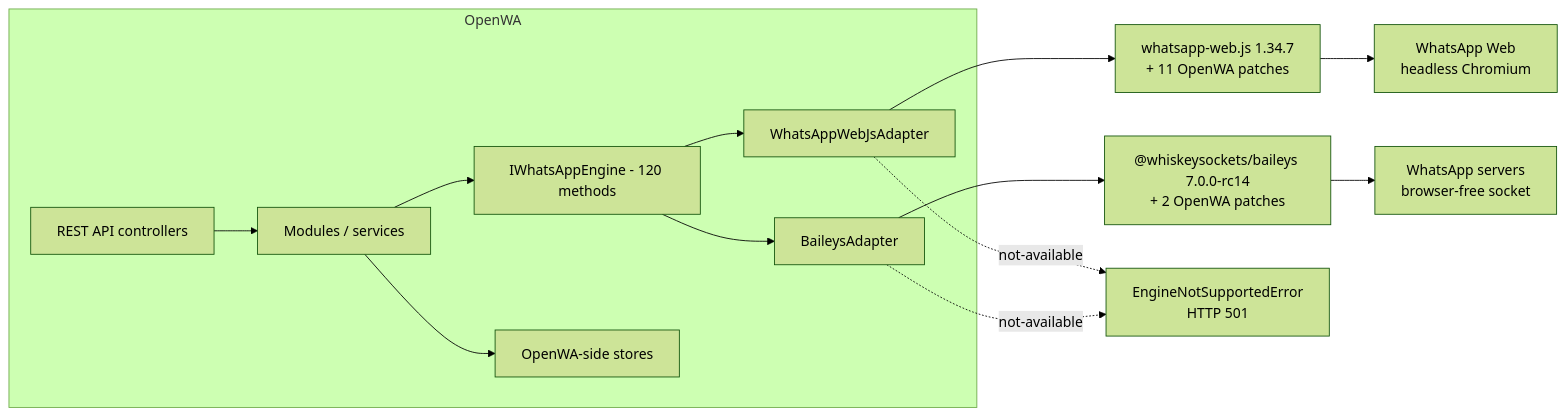
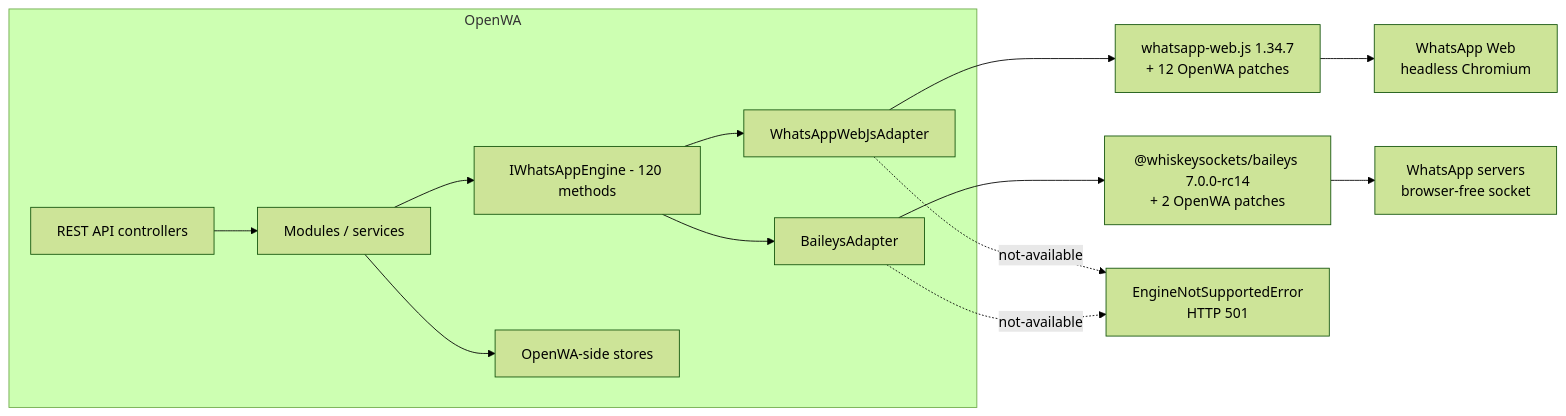
The first of 2 diagrams in docs/29-engine-capability-matrix.md (purnamcommunity/OpenWA), drawn with Mermaid (forest theme) before and after one commit. The commit also changed other lines of this file and 7 other files, not shown here.

````diff
--- a/docs/29-engine-capability-matrix.md
+++ b/docs/29-engine-capability-matrix.md
@@ -43,16 +43,16 @@
 ```mermaid
 flowchart LR
     subgraph OpenWA["OpenWA"]
         API["REST API controllers"] --> SVC["Modules / services"]
         SVC --> IF["IWhatsAppEngine - 120 methods"]
         IF --> WA["WhatsAppWebJsAdapter"]
         IF --> BA["BaileysAdapter"]
         SVC --> STORE["OpenWA-side stores"]
     end
-    WA --> WLIB["whatsapp-web.js 1.34.7<br/>+ 11 OpenWA patches"]
+    WA --> WLIB["whatsapp-web.js 1.34.7<br/>+ 12 OpenWA patches"]
     BA --> BLIB["@whiskeysockets/baileys 7.0.0-rc14<br/>+ 2 OpenWA patches"]
     WLIB --> WEB["WhatsApp Web<br/>headless Chromium"]
     BLIB --> WAS["WhatsApp servers<br/>browser-free socket"]
     WA -.->|"not-available"| E["EngineNotSupportedError<br/>HTTP 501"]
     BA -.->|"not-available"| E
 ```
````
